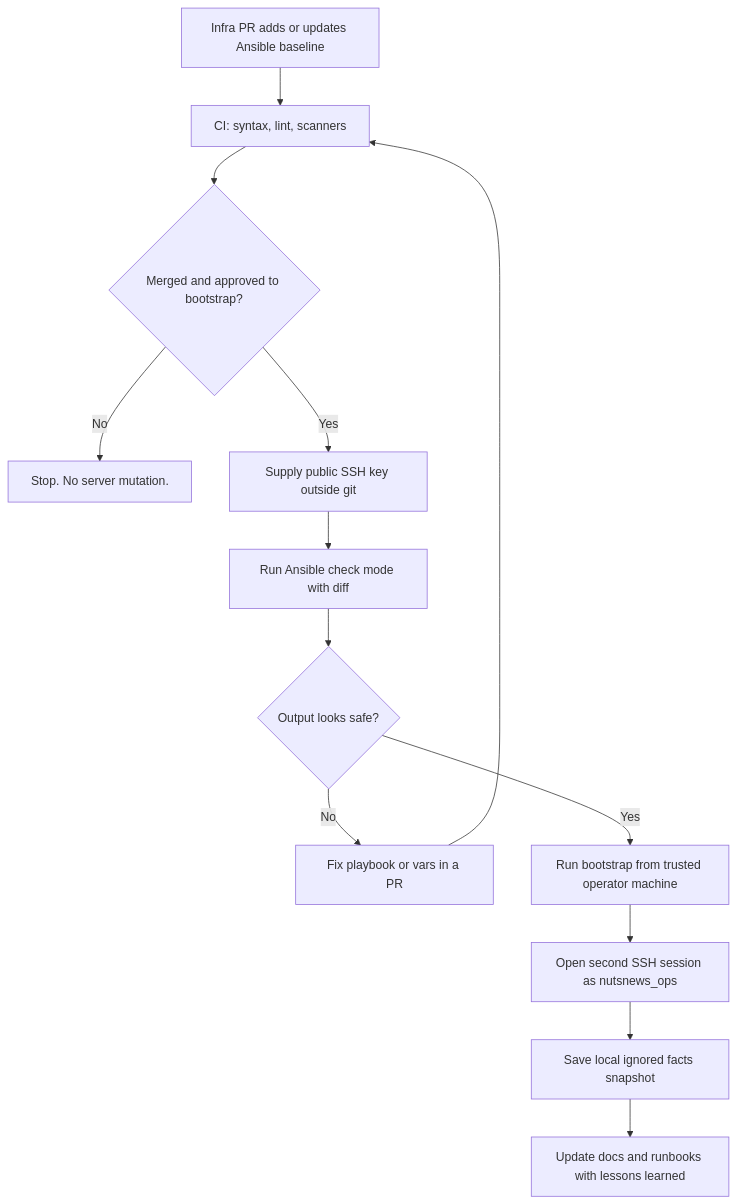
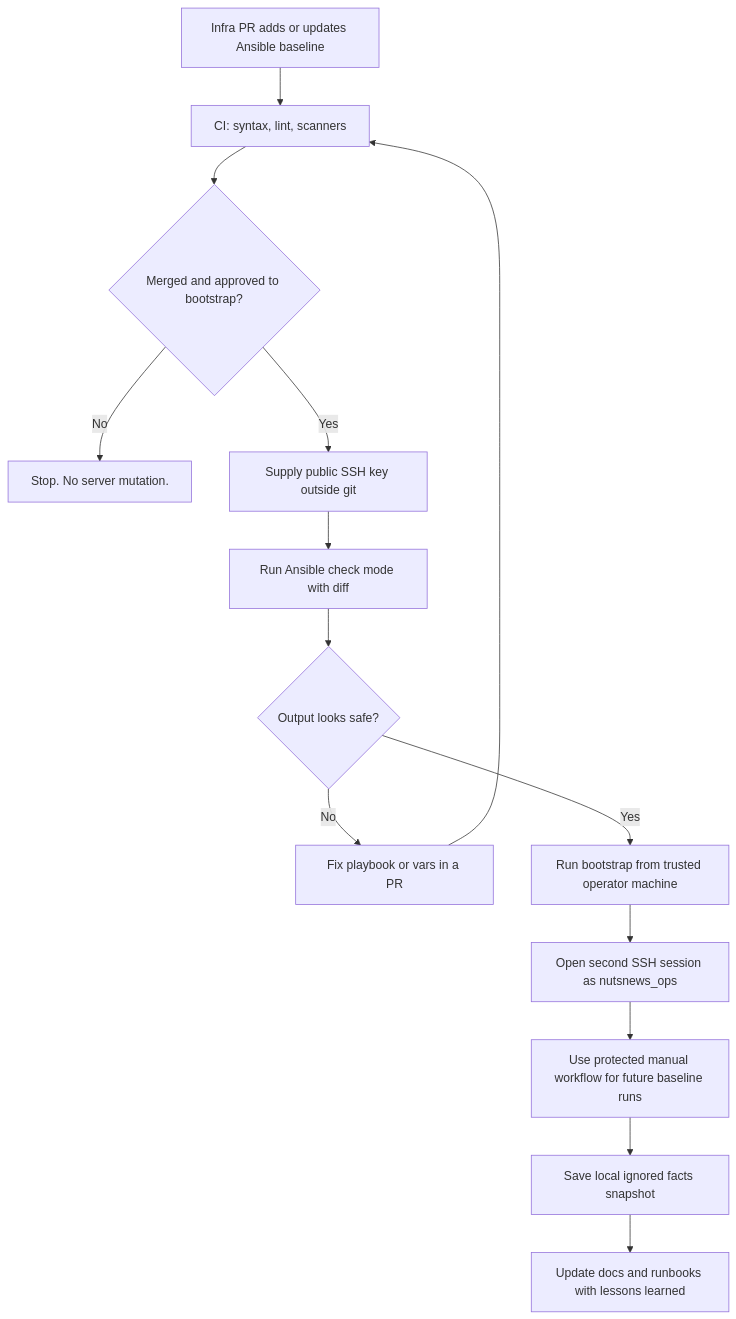
The first of 2 diagrams in NUTSNEWS_VPS_ANSIBLE_BOOTSTRAP.md (ramideltoro/nutsnews-docs), drawn with Mermaid before and after one commit. The commit also changed other lines of this file and 3 other files, not shown here.

Commit message:
Document protected Ansible apply workflow

````diff
--- a/NUTSNEWS_VPS_ANSIBLE_BOOTSTRAP.md
+++ b/NUTSNEWS_VPS_ANSIBLE_BOOTSTRAP.md
@@ -44,15 +44,16 @@
 ```mermaid
 flowchart TD
   pr["Infra PR adds or updates Ansible baseline"] --> ci["CI: syntax, lint, scanners"]
   ci --> merge{"Merged and approved to bootstrap?"}
   merge -- "No" --> stop["Stop. No server mutation."]
   merge -- "Yes" --> key["Supply public SSH key outside git"]
   key --> check["Run Ansible check mode with diff"]
   check --> review{"Output looks safe?"}
   review -- "No" --> fix["Fix playbook or vars in a PR"]
   fix --> ci
   review -- "Yes" --> apply["Run bootstrap from trusted operator machine"]
   apply --> verify["Open second SSH session as nutsnews_ops"]
-  verify --> facts["Save local ignored facts snapshot"]
+  verify --> protected["Use protected manual workflow for future baseline runs"]
+  protected --> facts["Save local ignored facts snapshot"]
   facts --> docs["Update docs and runbooks with lessons learned"]
 ```
````
